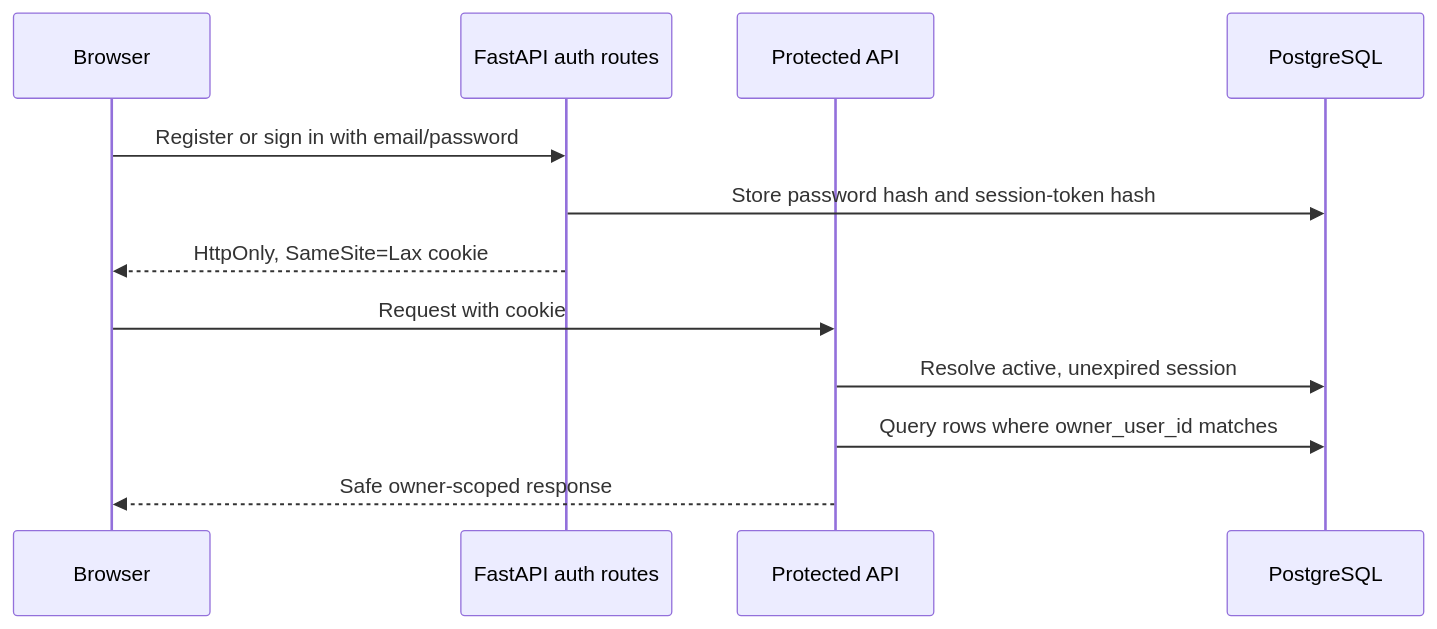
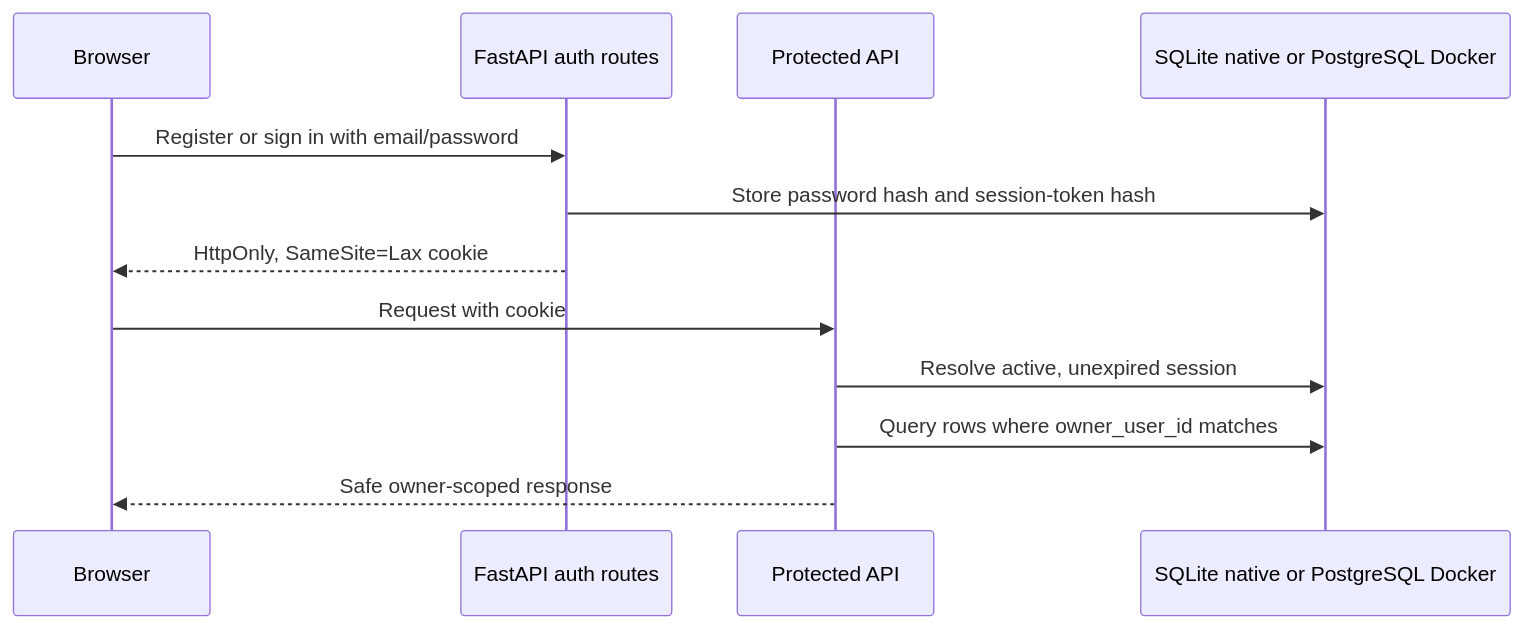
The second of 5 diagrams in docs/architecture.md (4ffaad/FYP-MDS01), drawn with Mermaid before and after one commit. The commit also changed other lines of this file and 12 other files, not shown here.

Commit message:
add native SQLite prototype runtime

````diff
--- a/docs/architecture.md
+++ b/docs/architecture.md
@@ -7,14 +25,14 @@
 ```mermaid
 sequenceDiagram
     participant Browser
     participant Auth as FastAPI auth routes
     participant API as Protected API
-    participant DB as PostgreSQL
+    participant DB as SQLite native or PostgreSQL Docker
     Browser->>Auth: Register or sign in with email/password
     Auth->>DB: Store password hash and session-token hash
     Auth-->>Browser: HttpOnly, SameSite=Lax cookie
     Browser->>API: Request with cookie
     API->>DB: Resolve active, unexpired session
     API->>DB: Query rows where owner_user_id matches
     API-->>Browser: Safe owner-scoped response
 ```
````
